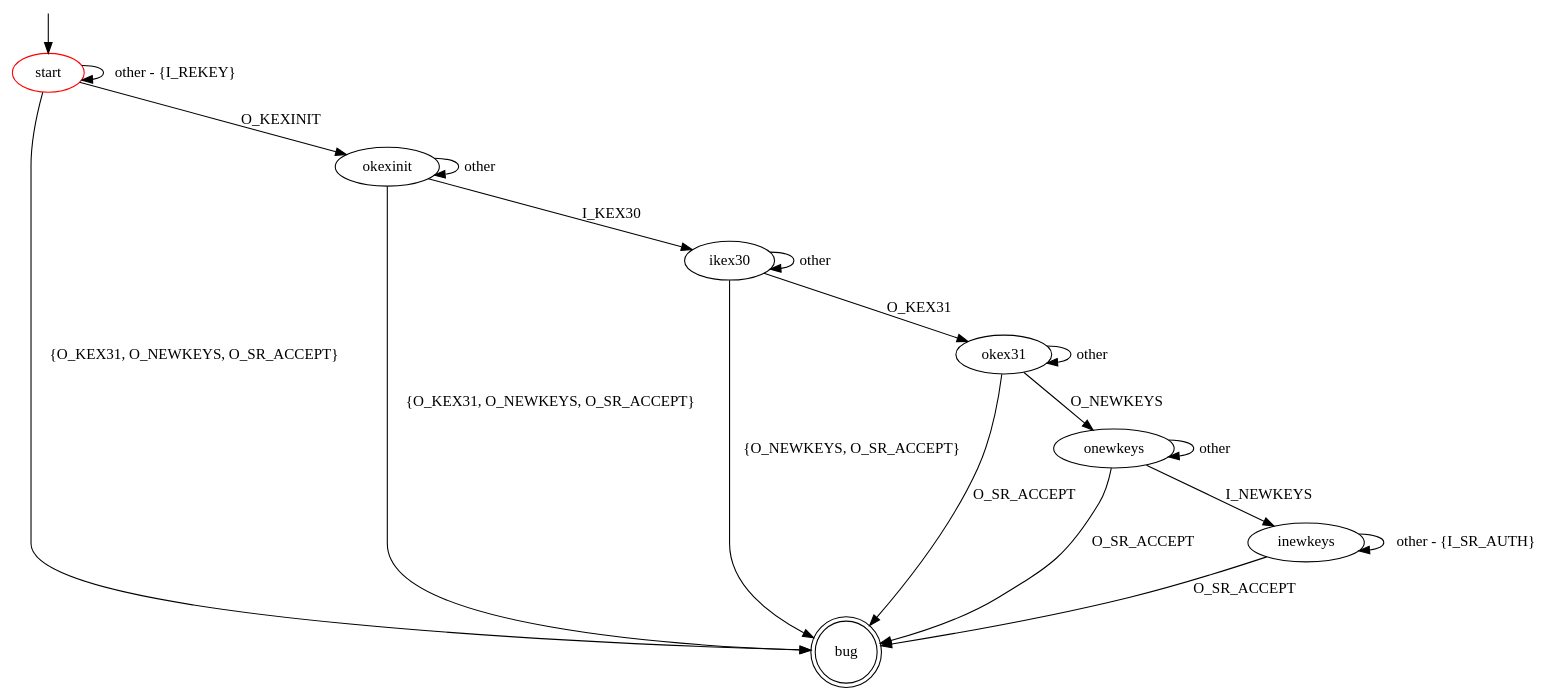
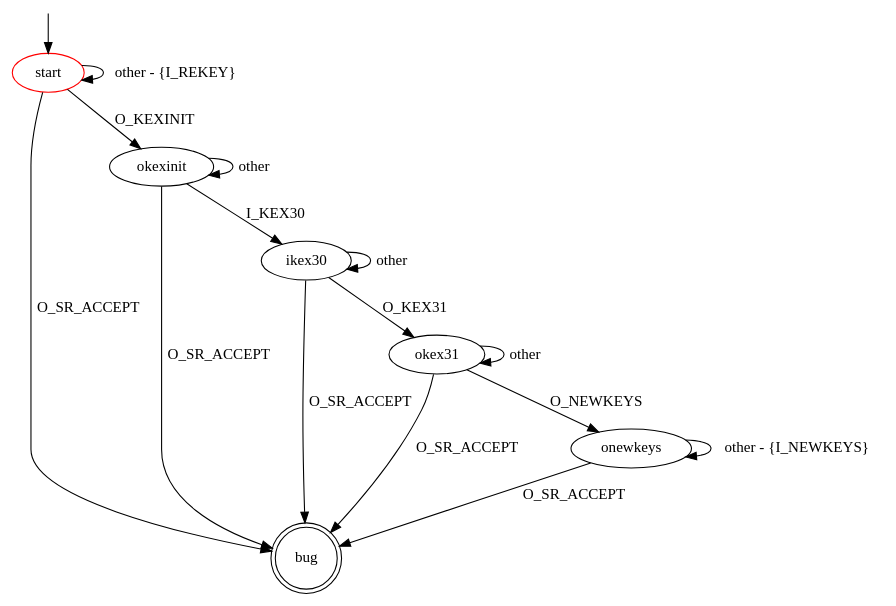
Before and after one commit to assist-project/state-machine-bug-finder: the diagram in src/main/resources/patterns/ssh/early_service_accept.dot, drawn with Graphviz. The commit also changed 1 other file, not shown here.

```diff
--- a/src/main/resources/patterns/ssh/early_service_accept.dot
+++ b/src/main/resources/patterns/ssh/early_service_accept.dot
@@ -1,32 +1,27 @@
 digraph G {
 label=""
 start [color="red"]
 bug [shape="doublecircle"]
 
 start -> okexinit [label="O_KEXINIT"]
 start -> start [label="other - {I_REKEY}"]
-start -> bug [label="{O_KEX31, O_NEWKEYS, O_SR_ACCEPT}"]
+start -> bug [label="O_SR_ACCEPT"]
 
 okexinit -> ikex30 [label="I_KEX30"]
 okexinit -> okexinit [label="other"]
-okexinit -> bug [label="{O_KEX31, O_NEWKEYS, O_SR_ACCEPT}"]
+okexinit -> bug [label="O_SR_ACCEPT"]
 
 ikex30 -> okex31 [label="O_KEX31"]
 ikex30 -> ikex30 [label="other"]
-ikex30 -> bug [label="{O_NEWKEYS, O_SR_ACCEPT}"]
+ikex30 -> bug [label="O_SR_ACCEPT"]
 
 okex31 -> onewkeys [label="O_NEWKEYS"]
 okex31 -> okex31 [label="other"]
 okex31 -> bug [label="O_SR_ACCEPT"]
 
-onewkeys -> inewkeys [label="I_NEWKEYS"]
-onewkeys -> onewkeys [label="other"]
+onewkeys -> onewkeys [label="other - {I_NEWKEYS}"]
 onewkeys -> bug [label="O_SR_ACCEPT"]
-
-inewkeys -> inewkeys [label="other - {I_SR_AUTH}"]
-inewkeys -> bug [label="O_SR_ACCEPT"]
-
 
 __start0 [label="" shape="none" width="0" height="0"];
 __start0 -> start;
 }
```
